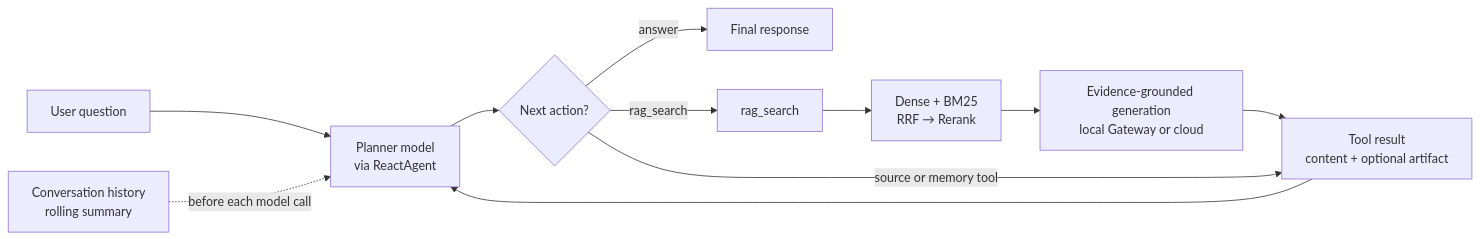
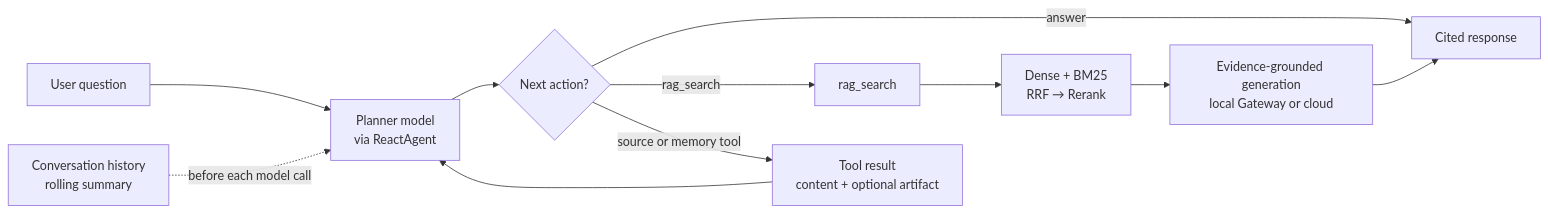
Before and after one commit to BreadmanOvO/LocalRAG: the diagram in README.md, drawn with Mermaid. The commit also changed other lines of this file and 3 other files, not shown here.

````diff
--- a/README.md
+++ b/README.md
@@ -13,13 +13,13 @@
 ```mermaid
 flowchart LR
     Q[User question] --> P["Planner model<br/>via ReactAgent"]
     P --> T{Next action?}
     T -->|answer| O[Final response]
     T -->|rag_search| R[rag_search]
     R --> D["Dense + BM25<br/>RRF → Rerank"]
     D --> G["Evidence-grounded generation<br/>local Gateway or cloud"]
-    G --> M["Tool result<br/>content + optional artifact"]
-    T -->|source or memory tool| M
+    G --> O["Cited response"]
+    T -->|source or memory tool| M["Tool result<br/>content + optional artifact"]
     M --> P
     C["Conversation history<br/>rolling summary"] -. before each model call .-> P
 ```
````
